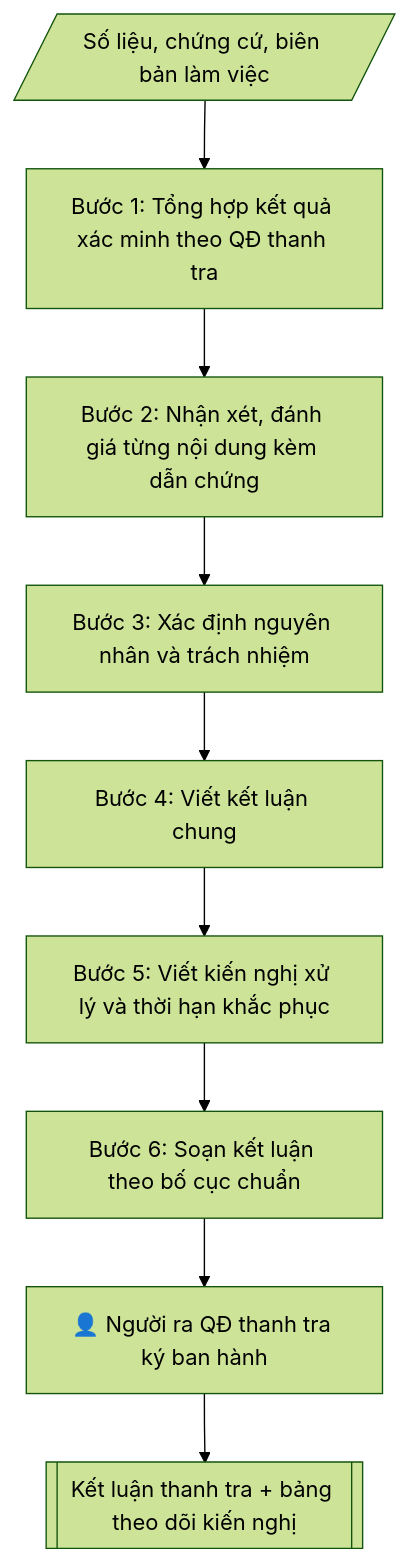
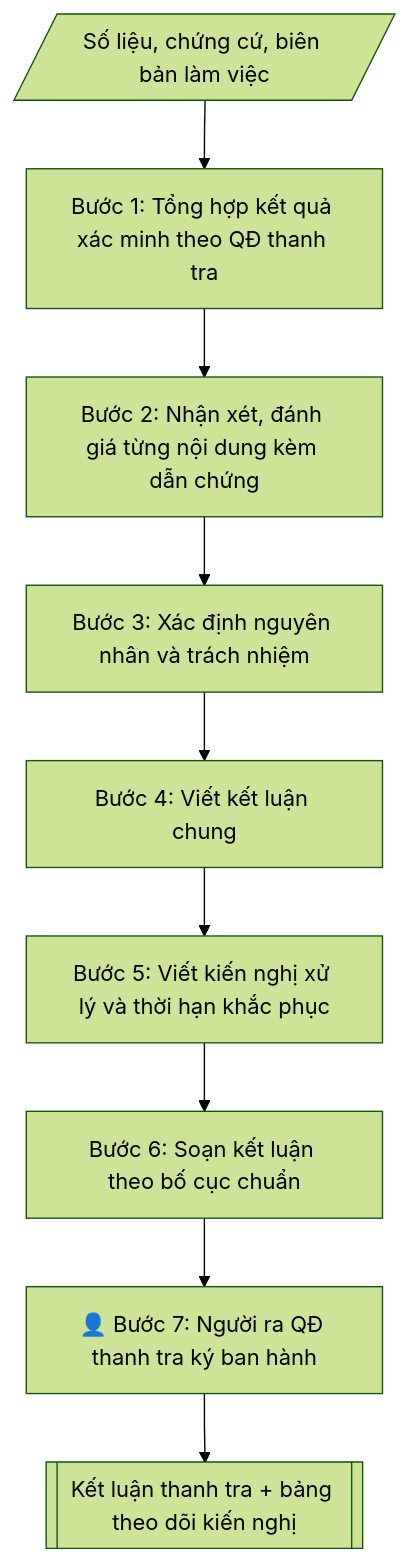
Before and after one commit to phamtruong91/dh-skills: the diagram in skills/ket-luan-thanh-tra/SKILL.md, drawn with Mermaid (forest theme). The commit also changed 124 other files, not shown here.

````diff
--- a/skills/ket-luan-thanh-tra/SKILL.md
+++ b/skills/ket-luan-thanh-tra/SKILL.md
@@ -93,11 +93,11 @@
 ```mermaid
 flowchart TD
     A[/"Số liệu, chứng cứ, biên bản làm việc"/] --> B["Bước 1: Tổng hợp kết quả xác minh theo QĐ thanh tra"]
     B --> C["Bước 2: Nhận xét, đánh giá từng nội dung kèm dẫn chứng"]
     C --> D["Bước 3: Xác định nguyên nhân và trách nhiệm"]
     D --> E["Bước 4: Viết kết luận chung"]
     E --> F["Bước 5: Viết kiến nghị xử lý và thời hạn khắc phục"]
     F --> G["Bước 6: Soạn kết luận theo bố cục chuẩn"]
-    G --> HG["👤 Người ra QĐ thanh tra ký ban hành"]
+    G --> HG["👤 Bước 7: Người ra QĐ thanh tra ký ban hành"]
     HG --> H[["Kết luận thanh tra + bảng theo dõi kiến nghị"]]
 ```
````
